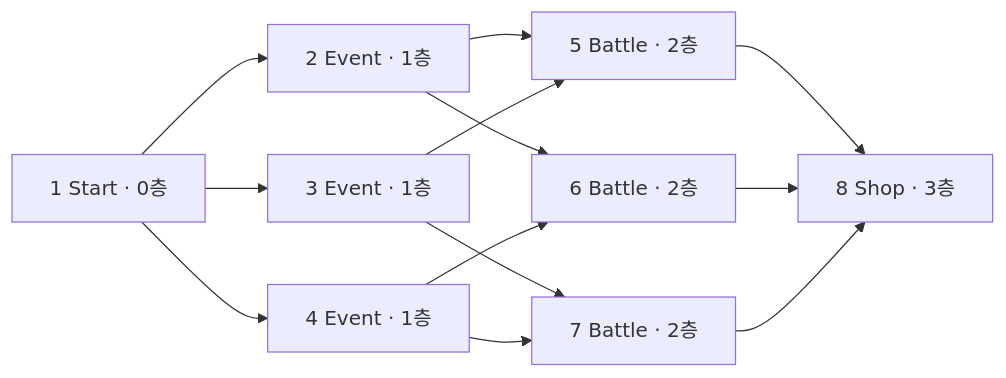
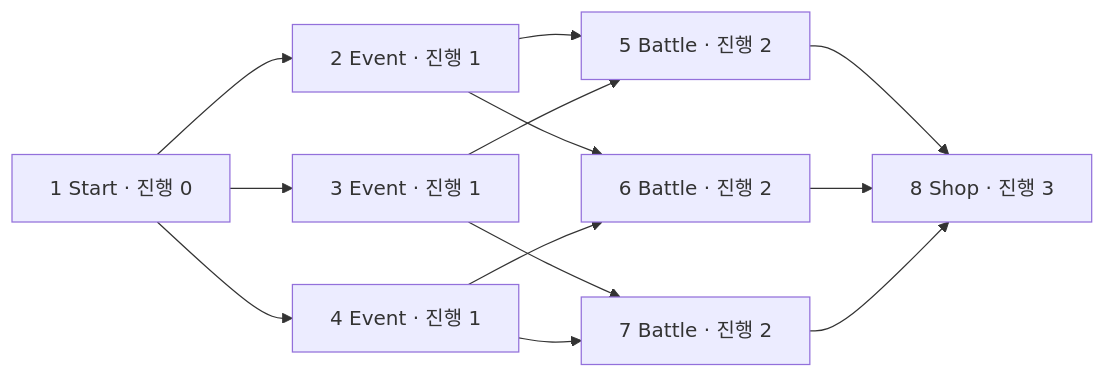
One commit to icrf-hot/Randint_Strategy_Record changed the diagram in wiki/01 시스템/맵 시스템.md. Above: the diagram before and after it, drawn with Mermaid. The commit also changed other lines of this file and 54 other files, not shown here.

````diff
--- a/wiki/01 시스템/맵 시스템.md
+++ b/wiki/01 시스템/맵 시스템.md
@@ -28,24 +28,24 @@
 ```mermaid
 flowchart LR
-    N1[1 Start · 0층]
-    N2[2 Event · 1층]
-    N3[3 Event · 1층]
-    N4[4 Event · 1층]
-    N5[5 Battle · 2층]
-    N6[6 Battle · 2층]
-    N7[7 Battle · 2층]
-    N8[8 Shop · 3층]
+    N1[1 Start · 진행 0]
+    N2[2 Event · 진행 1]
+    N3[3 Event · 진행 1]
+    N4[4 Event · 진행 1]
+    N5[5 Battle · 진행 2]
+    N6[6 Battle · 진행 2]
+    N7[7 Battle · 진행 2]
+    N8[8 Shop · 진행 3]
 
     N1 --> N2
     N1 --> N3
     N1 --> N4
     N2 --> N5
     N2 --> N6
     N3 --> N5
     N3 --> N7
     N4 --> N6
     N4 --> N7
     N5 --> N8
     N6 --> N8
     N7 --> N8
 ```
````
